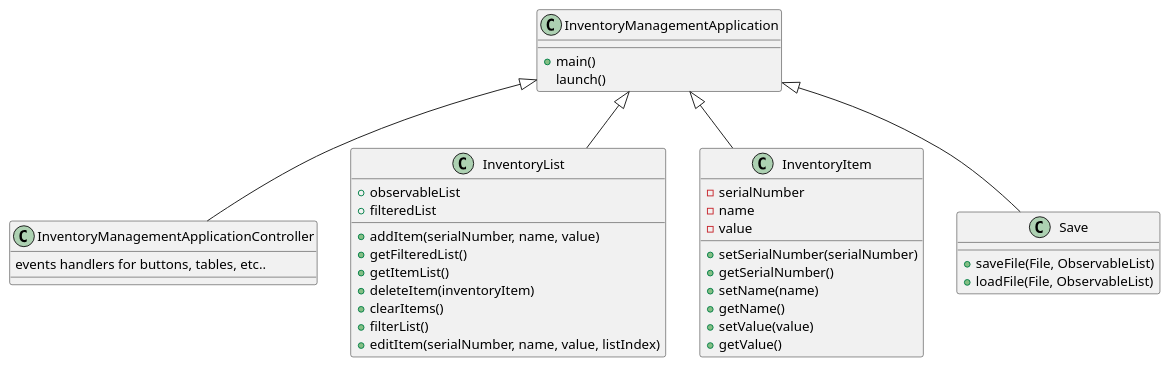
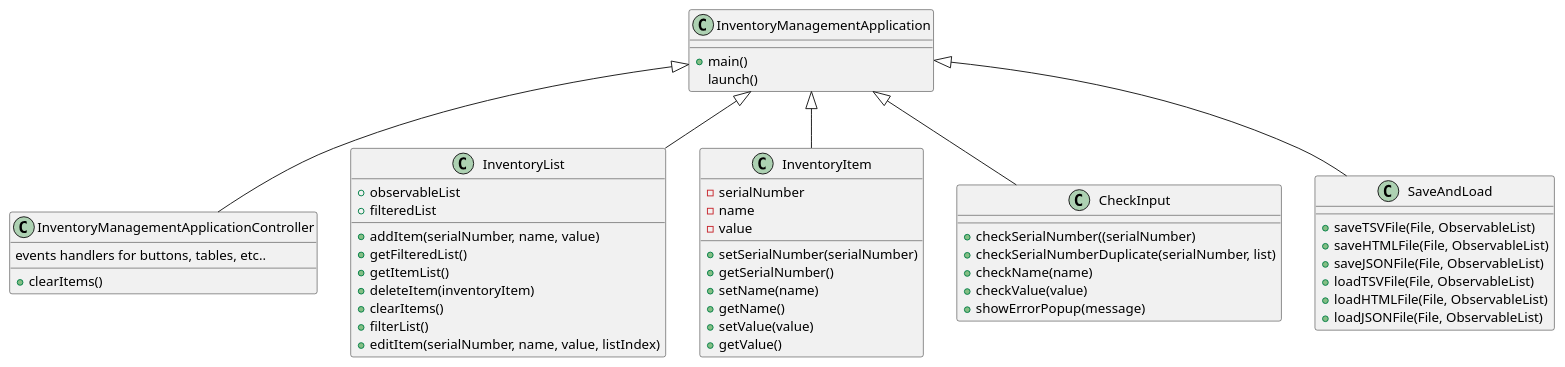
Before and after one commit to faziok/fazio-app2: the diagram in docs/InventoryManagementApp.puml, drawn with PlantUML. The commit also changed 6 other files, not shown here.

Commit message:
TSV save and load

```diff
--- a/docs/InventoryManagementApp.puml
+++ b/docs/InventoryManagementApp.puml
@@ -1,46 +1,61 @@
 @startuml
 class InventoryManagementApplication{
     +main()
         launch()
 }
 
 class InventoryManagementApplicationController{
     events handlers for buttons, tables, etc..
+    +clearItems()
 }
 
 class InventoryList{
     +observableList
     +filteredList
 
     +addItem(serialNumber, name, value)
     +getFilteredList()
     +getItemList()
     +deleteItem(inventoryItem)
     +clearItems()
     +filterList()
     +editItem(serialNumber, name, value, listIndex)
 }
 
 class InventoryItem{
     -serialNumber
     -name
     -value
     +setSerialNumber(serialNumber)
     +getSerialNumber()
     +setName(name)
     +getName()
     +setValue(value)
     +getValue()
 }
 
-class Save{
-    +saveFile(File, ObservableList)
-    +loadFile(File, ObservableList)
+class CheckInput{
+    +checkSerialNumber((serialNumber)
+    +checkSerialNumberDuplicate(serialNumber, list)
+    +checkName(name)
+    +checkValue(value)
+    +showErrorPopup(message)
+}
+
+class SaveAndLoad{
+    +saveTSVFile(File, ObservableList)
+    +saveHTMLFile(File, ObservableList)
+    +saveJSONFile(File, ObservableList)
+    +loadTSVFile(File, ObservableList)
+    +loadHTMLFile(File, ObservableList)
+    +loadJSONFile(File, ObservableList)
 }
 
 InventoryManagementApplication <|-- InventoryManagementApplicationController
 InventoryManagementApplication <|-- InventoryItem
 InventoryManagementApplication <|-- InventoryList
-InventoryManagementApplication <|-- Save
+InventoryManagementApplication <|-- CheckInput
+InventoryManagementApplication <|-- SaveAndLoad
+
 
 @enduml
```
